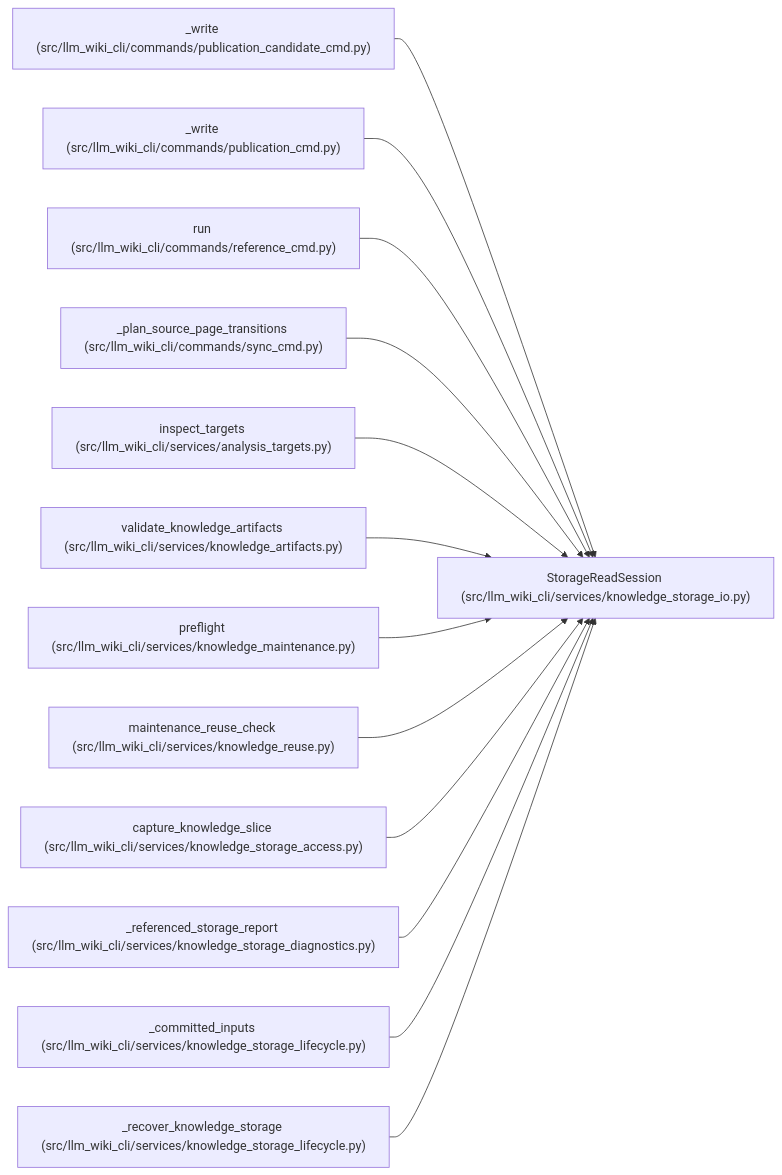
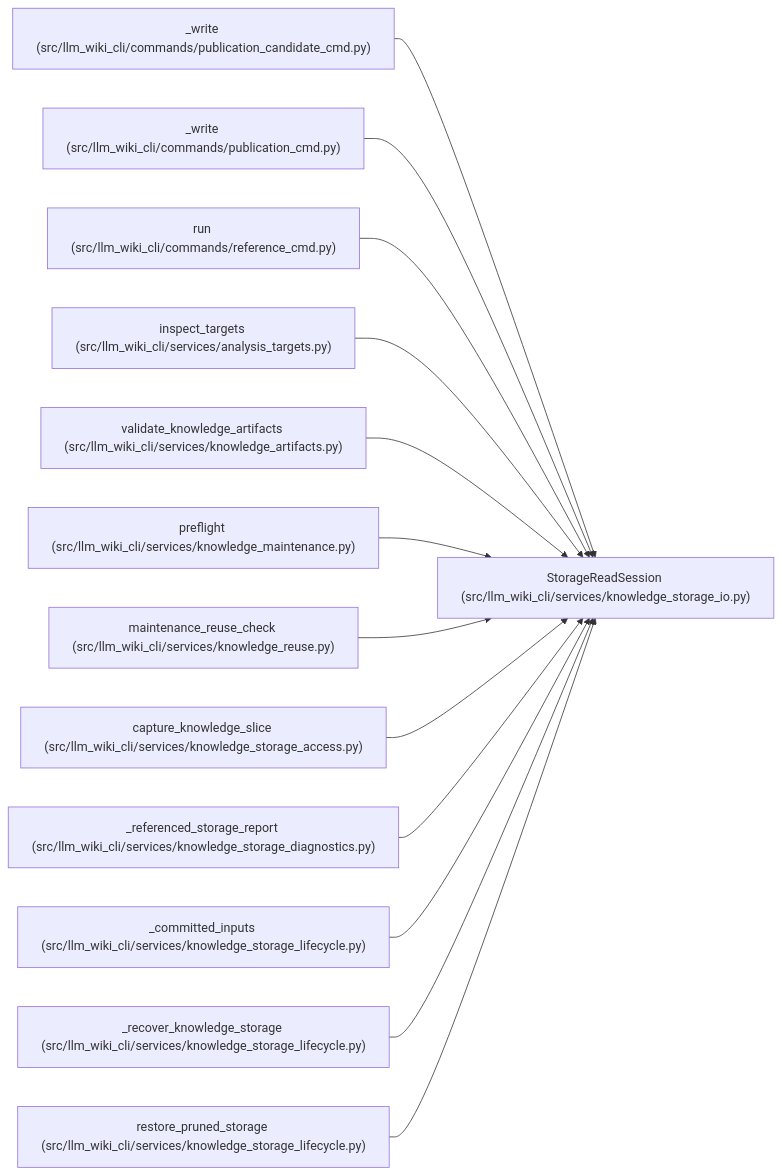
Before and after one commit to Denissvgn/python-wiki-llm: the diagram in docs/llm_wiki/entities/StorageReadSession.md, drawn with Mermaid. The commit also changed other lines of this file and 1555 other files, not shown here.

````diff
--- a/docs/llm_wiki/entities/StorageReadSession.md
+++ b/docs/llm_wiki/entities/StorageReadSession.md
@@ -34,41 +34,41 @@
 ```mermaid
 flowchart LR
     n0["StorageReadSession (src/llm_wiki_cli/services/knowledge_storage_io.py)"]
     n1["_write (src/llm_wiki_cli/commands/publication_candidate_cmd.py)"]
     n2["_write (src/llm_wiki_cli/commands/publication_cmd.py)"]
     n3["run (src/llm_wiki_cli/commands/reference_cmd.py)"]
-    n4["_plan_source_page_transitions (src/llm_wiki_cli/commands/sync_cmd.py)"]
-    n5["inspect_targets (src/llm_wiki_cli/services/analysis_targets.py)"]
-    n6["validate_knowledge_artifacts (src/llm_wiki_cli/services/knowledge_artifacts.py)"]
-    n7["preflight (src/llm_wiki_cli/services/knowledge_maintenance.py)"]
-    n8["maintenance_reuse_check (src/llm_wiki_cli/services/knowledge_reuse.py)"]
-    n9["capture_knowledge_slice (src/llm_wiki_cli/services/knowledge_storage_access.py)"]
-    n10["_referenced_storage_report (src/llm_wiki_cli/services/knowledge_storage_diagnostics.py)"]
-    n11["_committed_inputs (src/llm_wiki_cli/services/knowledge_storage_lifecycle.py)"]
-    n12["_recover_knowledge_storage (src/llm_wiki_cli/services/knowledge_storage_lifecycle.py)"]
+    n4["inspect_targets (src/llm_wiki_cli/services/analysis_targets.py)"]
+    n5["validate_knowledge_artifacts (src/llm_wiki_cli/services/knowledge_artifacts.py)"]
+    n6["preflight (src/llm_wiki_cli/services/knowledge_maintenance.py)"]
+    n7["maintenance_reuse_check (src/llm_wiki_cli/services/knowledge_reuse.py)"]
+    n8["capture_knowledge_slice (src/llm_wiki_cli/services/knowledge_storage_access.py)"]
+    n9["_referenced_storage_report (src/llm_wiki_cli/services/knowledge_storage_diagnostics.py)"]
+    n10["_committed_inputs (src/llm_wiki_cli/services/knowledge_storage_lifecycle.py)"]
+    n11["_recover_knowledge_storage (src/llm_wiki_cli/services/knowledge_storage_lifecycle.py)"]
+    n12["restore_pruned_storage (src/llm_wiki_cli/services/knowledge_storage_lifecycle.py)"]
     n1 --> n0
     n2 --> n0
     n3 --> n0
     n4 --> n0
     n5 --> n0
     n6 --> n0
     n7 --> n0
     n8 --> n0
     n9 --> n0
     n10 --> n0
     n11 --> n0
     n12 --> n0
     click n0 "../modules/knowledge_storage_io.md"
     click n1 "../modules/publication_candidate_cmd.md"
     click n2 "../modules/publication_cmd.md"
     click n3 "../modules/reference_cmd.md"
-    click n4 "../modules/sync_cmd.md"
-    click n5 "../modules/analysis_targets.md"
-    click n6 "../modules/knowledge_artifacts.md"
-    click n7 "../modules/knowledge_maintenance.md"
-    click n8 "../modules/knowledge_reuse.md"
-    click n9 "../modules/knowledge_storage_access.md"
-    click n10 "../modules/knowledge_storage_diagnostics.md"
+    click n4 "../modules/analysis_targets.md"
+    click n5 "../modules/knowledge_artifacts.md"
+    click n6 "../modules/knowledge_maintenance.md"
+    click n7 "../modules/knowledge_reuse.md"
+    click n8 "../modules/knowledge_storage_access.md"
+    click n9 "../modules/knowledge_storage_diagnostics.md"
+    click n10 "../modules/knowledge_storage_lifecycle.md"
     click n11 "../modules/knowledge_storage_lifecycle.md"
     click n12 "../modules/knowledge_storage_lifecycle.md"
 ```
````
